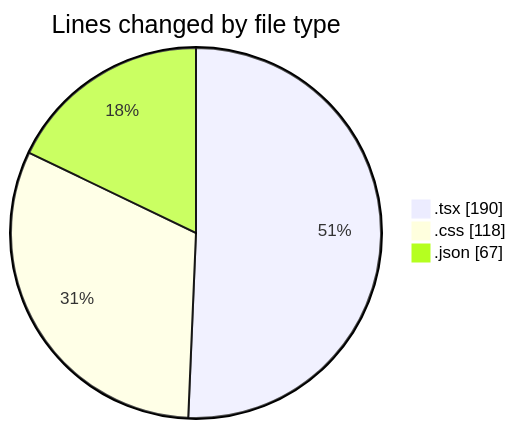
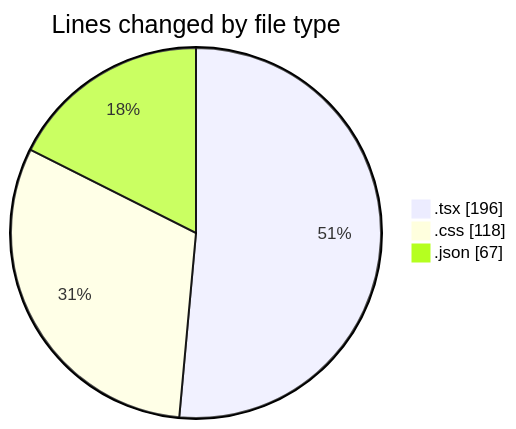
Before and after one commit to robertbonfada/code-tracking: the first of 2 diagrams in 2025-01-08/mbc-web/README.md, drawn with Mermaid. The commit also changed other lines of this file and 1 other file, not shown here.

````diff
--- a/2025-01-08/mbc-web/README.md
+++ b/2025-01-08/mbc-web/README.md
@@ -26,7 +26,7 @@
 ```mermaid
 pie showData
 title Lines changed by file type
-".tsx" : 190
+".tsx" : 196
 ".css" : 118
 ".json" : 67
 ```
````
